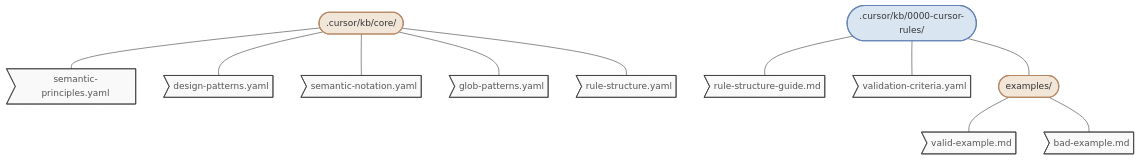
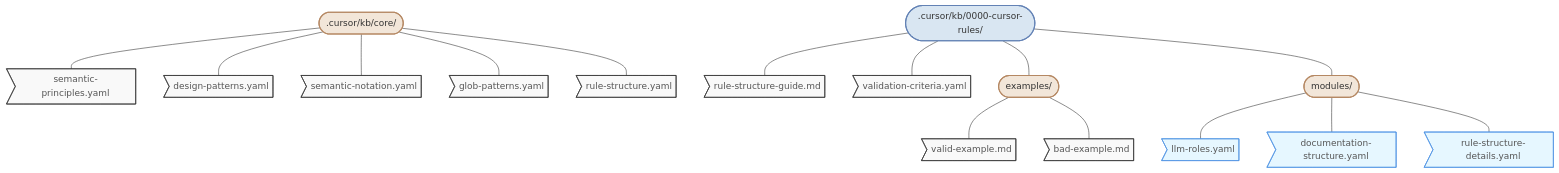
The second of 7 diagrams in .cursor/documentation/0000-cursor-rules-documentation.md (giak/cursor-rules-agile-workflow), drawn with Mermaid before and after one commit. The commit also changed other lines of this file and 6 other files, not shown here.

````diff
--- a/.cursor/documentation/0000-cursor-rules-documentation.md
+++ b/.cursor/documentation/0000-cursor-rules-documentation.md
@@ -80,24 +80,31 @@
 ```mermaid
 flowchart TD
     %% Définition du graphe principal
     CORE([".cursor/kb/core/"]) --- SP>semantic-principles.yaml]
     CORE --- DP>design-patterns.yaml]
     CORE --- SN>semantic-notation.yaml]
     CORE --- GP>glob-patterns.yaml]
     CORE --- RS>rule-structure.yaml]
 
     R0([".cursor/kb/0000-cursor-rules/"]) --- RSG>rule-structure-guide.md]
     R0 --- VC>validation-criteria.yaml]
     R0 --- EX([examples/])
     EX --- VE>valid-example.md]
     EX --- IE>bad-example.md]
 
+    R0 --- MOD([modules/])
+    MOD --- LR>llm-roles.yaml]
+    MOD --- DS>documentation-structure.yaml]
+    MOD --- RSD>rule-structure-details.yaml]
+
     %% Styles améliorés
     classDef coredir fill:#f2e6d9,stroke:#b58863,stroke-width:2px,color:#333
     classDef ruledir fill:#d9e6f2,stroke:#6382b5,stroke-width:2px,color:#333
     classDef file fill:#f9f9f9,stroke:#333,stroke-width:1px,color:#555
+    classDef module fill:#e6f7ff,stroke:#4a90e2,stroke-width:1px,color:#555
 
-    class CORE,EX coredir
+    class CORE,EX,MOD coredir
     class R0 ruledir
     class SP,DP,SN,GP,RS,RSG,VC,VE,IE file
+    class LR,DS,RSD module
 ```
````
